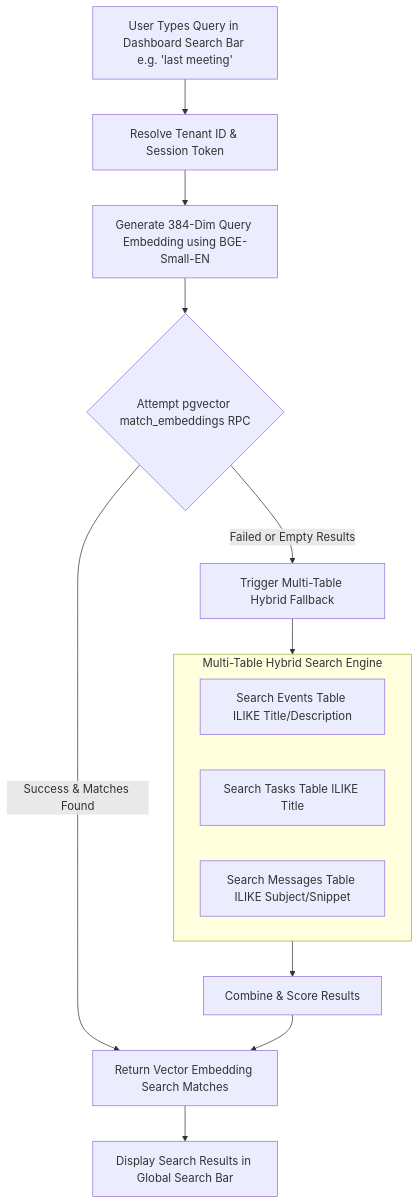
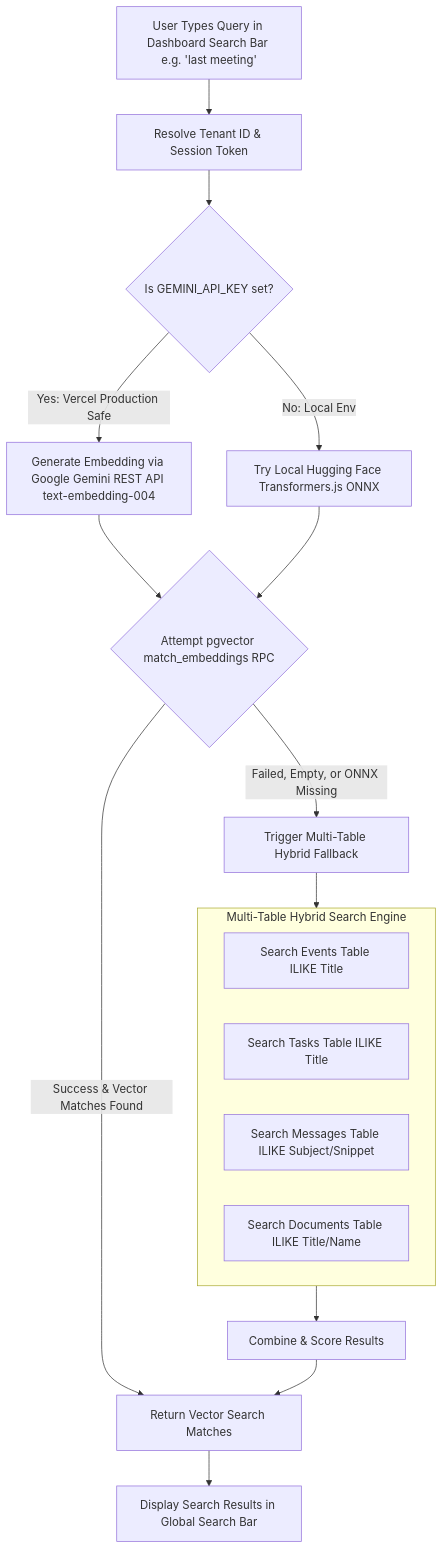
One commit to adityajagtap2704/AURA_FULLSTACK changed the diagram in aiml/search_embedding/README.md. Above: the diagram before and after it, drawn with Mermaid. The commit also changed other lines of this file and 4 other files, not shown here.

Commit message:
feat(aiml): real-time digest, past task penalty, zero-binary REST embeddings, and docs

````diff
--- a/aiml/search_embedding/README.md
+++ b/aiml/search_embedding/README.md
@@ -9,23 +9,28 @@
 ```mermaid
 flowchart TD
     UserQuery[User Types Query in Dashboard Search Bar e.g. 'last meeting'] --> TenantCheck[Resolve Tenant ID & Session Token]
-    TenantCheck --> EmbedGen[Generate 384-Dim Query Embedding using BGE-Small-EN]
+    TenantCheck --> EmbedChoice{Is GEMINI_API_KEY set?}
     
-    EmbedGen --> TryRPC{Attempt pgvector match_embeddings RPC}
+    EmbedChoice -- Yes: Vercel Production Safe --> GeminiREST[Generate Embedding via Google Gemini REST API text-embedding-004]
+    EmbedChoice -- No: Local Env --> HFLocal[Try Local Hugging Face Transformers.js ONNX]
     
-    TryRPC -- Success & Matches Found --> ReturnVector[Return Vector Embedding Search Matches]
+    GeminiREST --> TryRPC{Attempt pgvector match_embeddings RPC}
+    HFLocal --> TryRPC
     
-    TryRPC -- Failed or Empty Results --> HybridFallback[Trigger Multi-Table Hybrid Fallback]
+    TryRPC -- Success & Vector Matches Found --> ReturnVector[Return Vector Search Matches]
+    
+    TryRPC -- Failed, Empty, or ONNX Missing --> HybridFallback[Trigger Multi-Table Hybrid Fallback]
     
     subgraph HybridFallbackEngine["Multi-Table Hybrid Search Engine"]
-        EvSearch[Search Events Table ILIKE Title/Description]
+        EvSearch[Search Events Table ILIKE Title]
         TkSearch[Search Tasks Table ILIKE Title]
         MsgSearch[Search Messages Table ILIKE Subject/Snippet]
+        DocSearch[Search Documents Table ILIKE Title/Name]
     end
     
     HybridFallback --> HybridFallbackEngine
     HybridFallbackEngine --> Combine[Combine & Score Results]
     Combine --> ReturnVector
     
     ReturnVector --> DisplayUI[Display Search Results in Global Search Bar]
 ```
````
